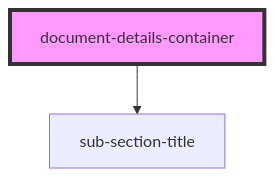
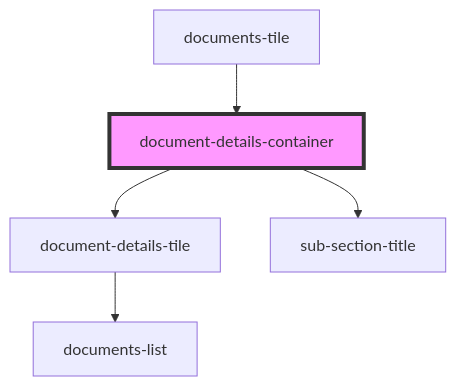
Before and after one commit to Cardiff-Ook/poc-component-library: the diagram in docs/components/page-layout/document-details-container/readme.md, drawn with Mermaid. The commit also changed other lines of this file and 31 other files, not shown here.

Commit message:
Documents list container working, just need to add document tiles now

````diff
--- a/docs/components/page-layout/document-details-container/readme.md
+++ b/docs/components/page-layout/document-details-container/readme.md
@@ -22,5 +27,8 @@
 ```mermaid
 graph TD;
+  document-details-container --> document-details-tile
   document-details-container --> sub-section-title
+  document-details-tile --> documents-list
+  documents-tile --> document-details-container
   style document-details-container fill:#f9f,stroke:#333,stroke-width:4px
 ```
````
